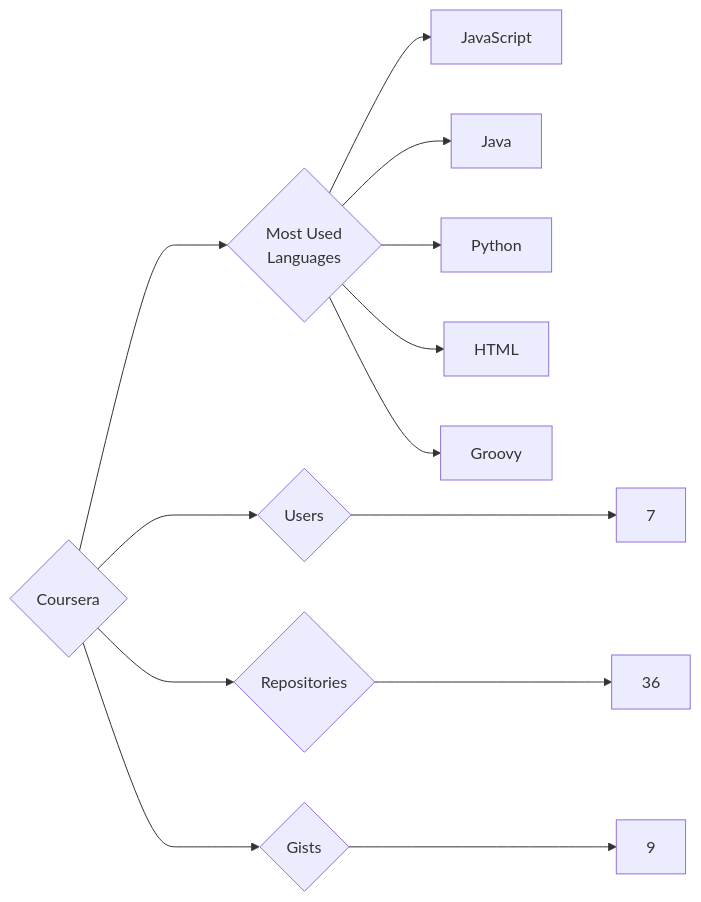
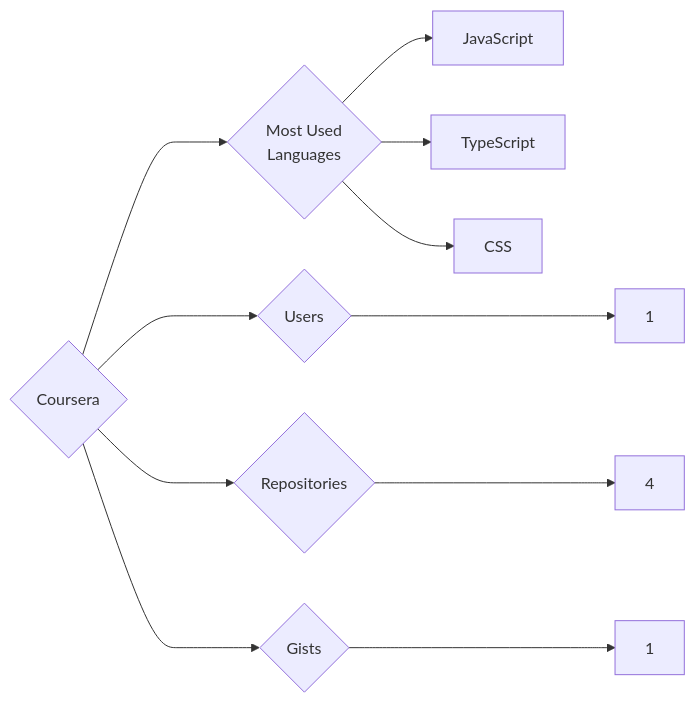
The diagram in targets/Coursera/README.md (trickest/insiders), drawn with Mermaid before and after one commit. The commit also changed 984 other files, not shown here.

````diff
--- a/targets/Coursera/README.md
+++ b/targets/Coursera/README.md
@@ -3,13 +3,11 @@
 ```mermaid
 graph LR
 COMPANY_NAME{Coursera}
-COMPANY_NAME ---> U{Users} ---> UN[7]
-COMPANY_NAME ---> R{Repositories} ---> RN[36]
-COMPANY_NAME ---> G{Gists} ---> GN[9]
+COMPANY_NAME ---> U{Users} ---> UN[1]
+COMPANY_NAME ---> R{Repositories} ---> RN[4]
+COMPANY_NAME ---> G{Gists} ---> GN[1]
 COMPANY_NAME ---> ML{Most Used<br>Languages}
 ML --> JavaScript[JavaScript]
-ML --> Java[Java]
-ML --> Python[Python]
-ML --> HTML[HTML]
-ML --> Groovy[Groovy]
+ML --> TypeScript[TypeScript]
+ML --> CSS[CSS]
 ```
````
